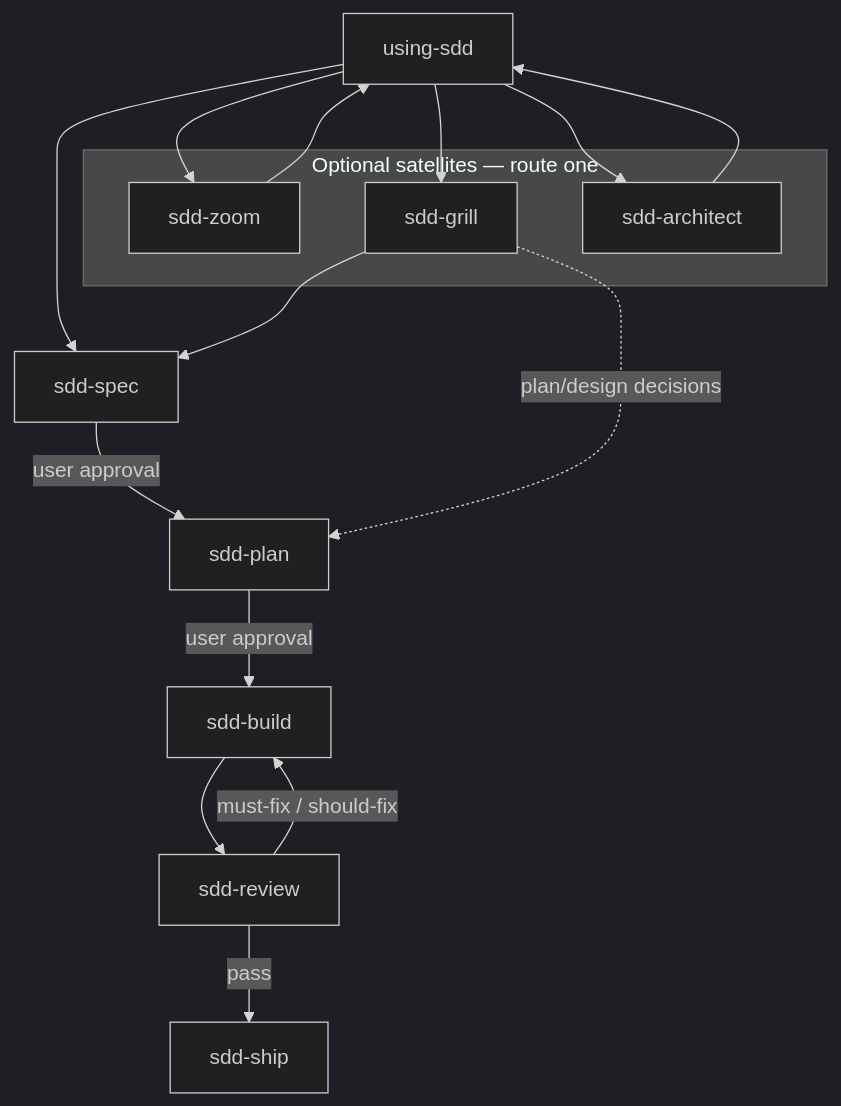
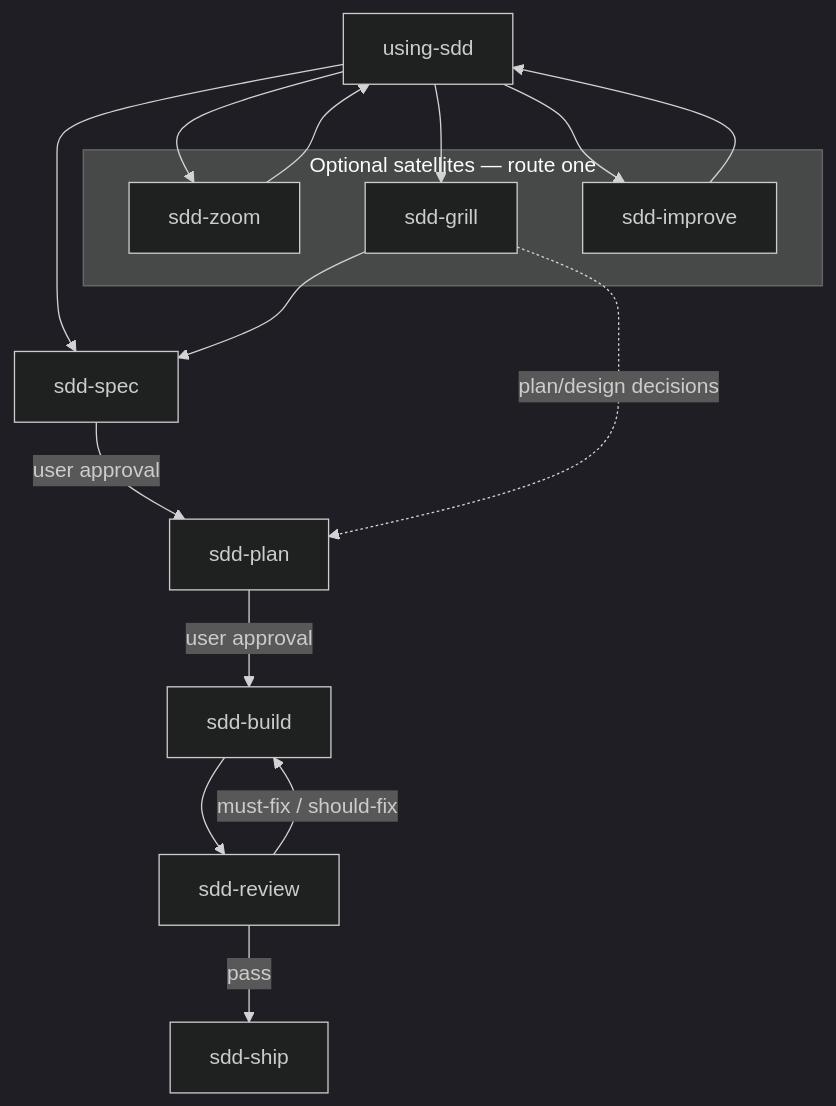
One commit to zhijunio/sdd-skills changed the diagram in README.md. Above: the diagram before and after it, drawn with Mermaid (dark theme). The commit also changed other lines of this file and 18 other files, not shown here.

First line of the commit message:
feat: 新增 sdd-improve 卫星技能并更新路由与文档

````diff
--- a/README.md
+++ b/README.md
@@ -10,22 +10,22 @@
 ```mermaid
 flowchart TD
   U[using-sdd]
 
   subgraph satellites["Optional satellites — route one"]
     Z[sdd-zoom]
     G[sdd-grill]
-    A[sdd-architect]
+    I[sdd-improve]
   end
 
   S[sdd-spec] -->|user approval| P[sdd-plan]
   P -->|user approval| B[sdd-build]
   B --> R[sdd-review]
   R -->|must-fix / should-fix| B
   R -->|pass| SH[sdd-ship]
 
-  U --> Z & G & A & S
+  U --> Z & G & I & S
   Z --> U
-  A --> U
+  I --> U
   G --> S
   G -.->|plan/design decisions| P
 ```
````
